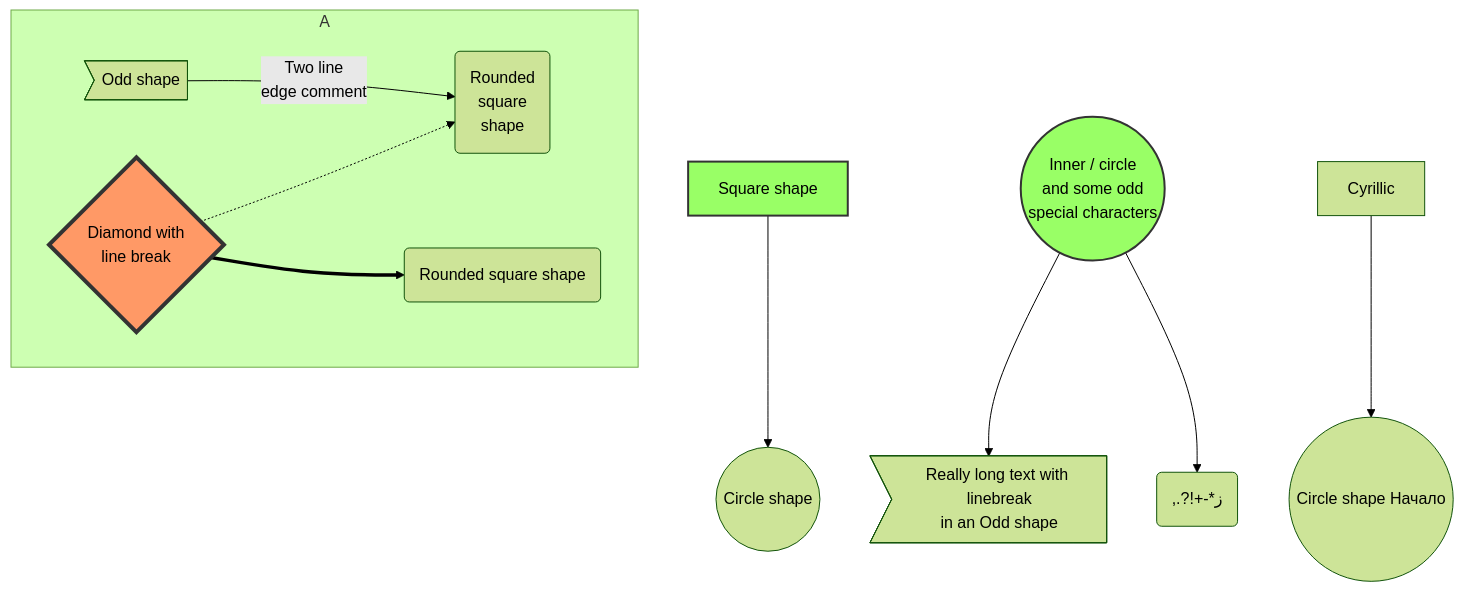
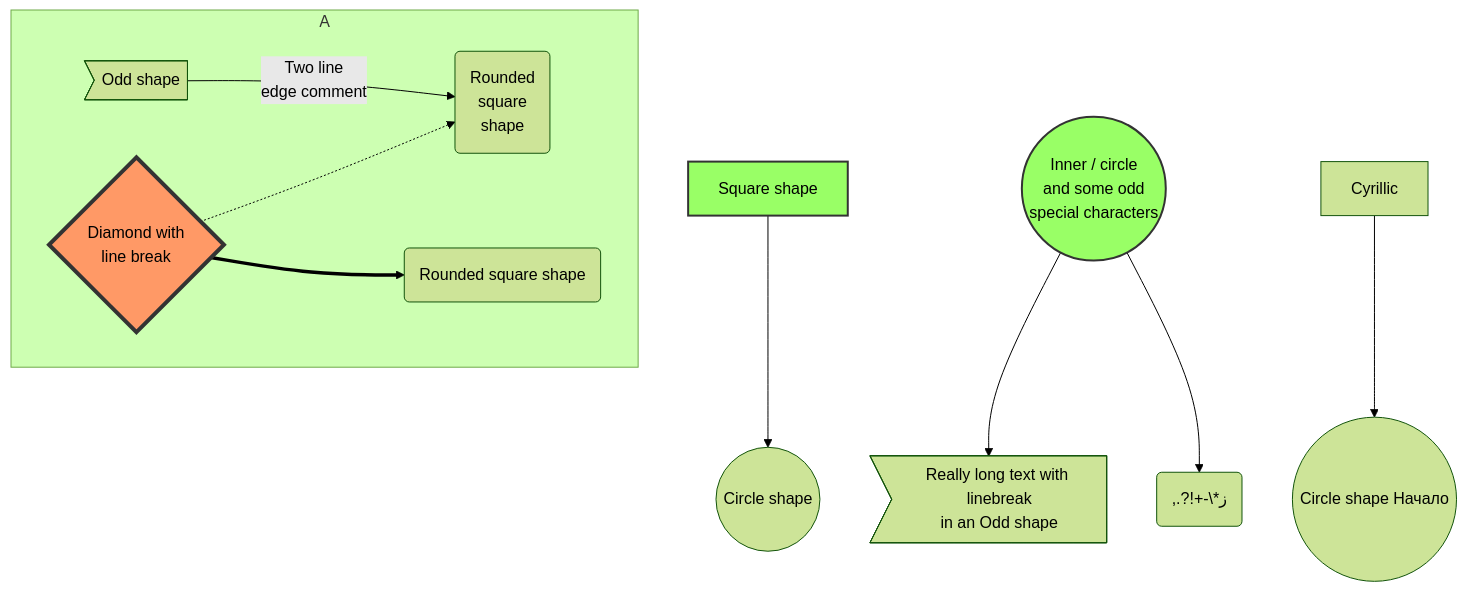
The first of 8 diagrams in knowledge base/mermaid.js.md (mcereda/oam), drawn with Mermaid (forest theme) before and after one commit. The commit also changed other lines of this file and 1 other file, not shown here.

Commit message:
fix: move mermaid diagrams to their own article, use the correct code delimiter

````diff
--- a/knowledge base/mermaid.js.md
+++ b/knowledge base/mermaid.js.md
@@ -46,23 +64,23 @@
-:::mermaid
-graph TB
+```mermaid
+flowchart TB
   sq[Square shape] --> ci((Circle shape))
 
   subgraph A
-      od>Odd shape]-- Two line<br/>edge comment --> ro
-      di{Diamond with <br/> line break} -.-> ro(Rounded<br>square<br>shape)
-      di==>ro2(Rounded square shape)
+    od>Odd shape]-- Two line<br/>edge comment --> ro
+    di{Diamond with <br/> line break} -.-> ro(Rounded<br>square<br>shape)
+    di==>ro2(Rounded square shape)
   end
 
-  %% Notice that no text in shape are added here instead that is appended further down
+  %% Notice how text in shapes is appended further down
   e --> od3>Really long text with linebreak<br>in an Odd shape]
 
-  %% Comments after double percent signs
-  e((Inner / circle<br>and some odd <br>special characters)) --> f(,.?!+-*ز)
+  %% Comments start with double percent signs
+  e((Inner / circle<br>and some odd <br>special characters)) --> f(,.?!+-\*ز)
 
   cyr[Cyrillic]-->cyr2((Circle shape Начало));
 
   classDef green fill:#9f6,stroke:#333,stroke-width:2px;
   classDef orange fill:#f96,stroke:#333,stroke-width:4px;
   class sq,e green
   class di orange
-:::
+```
````
